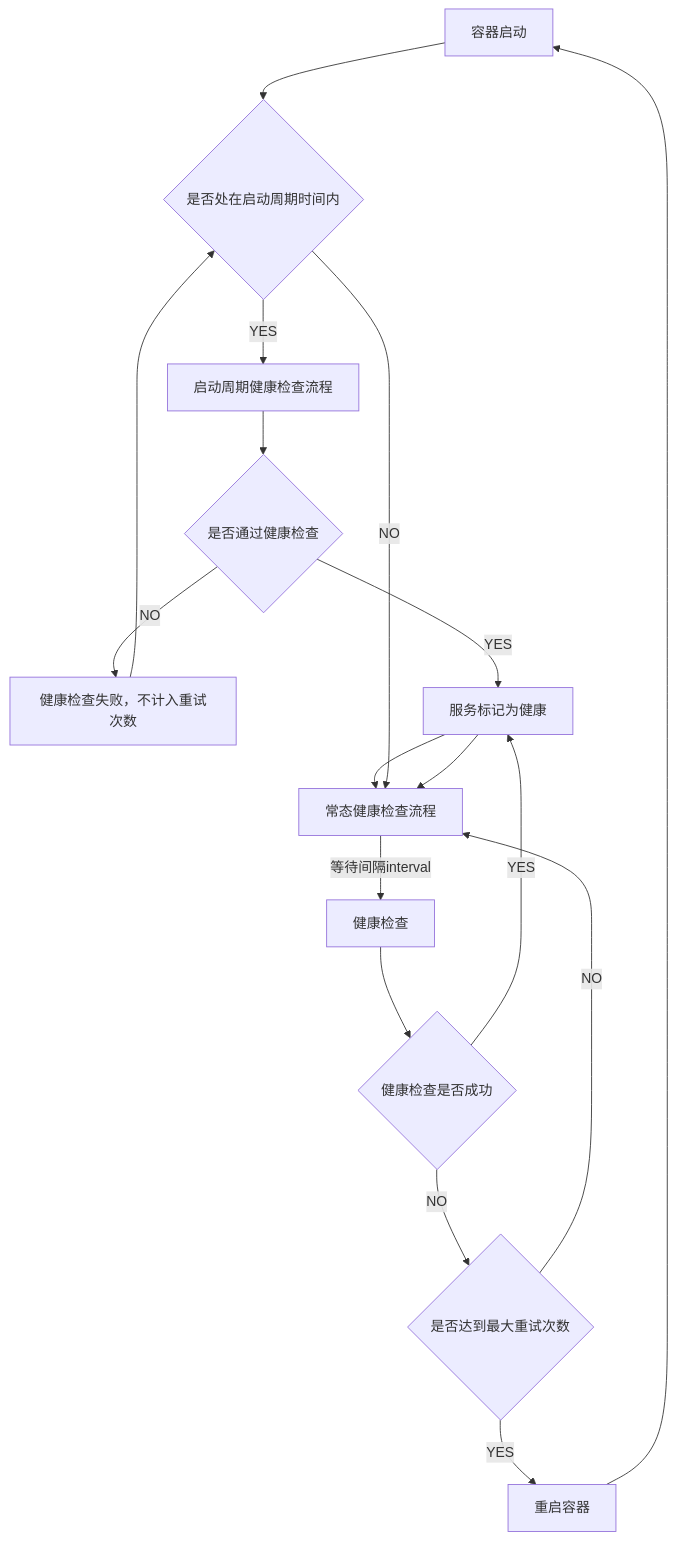
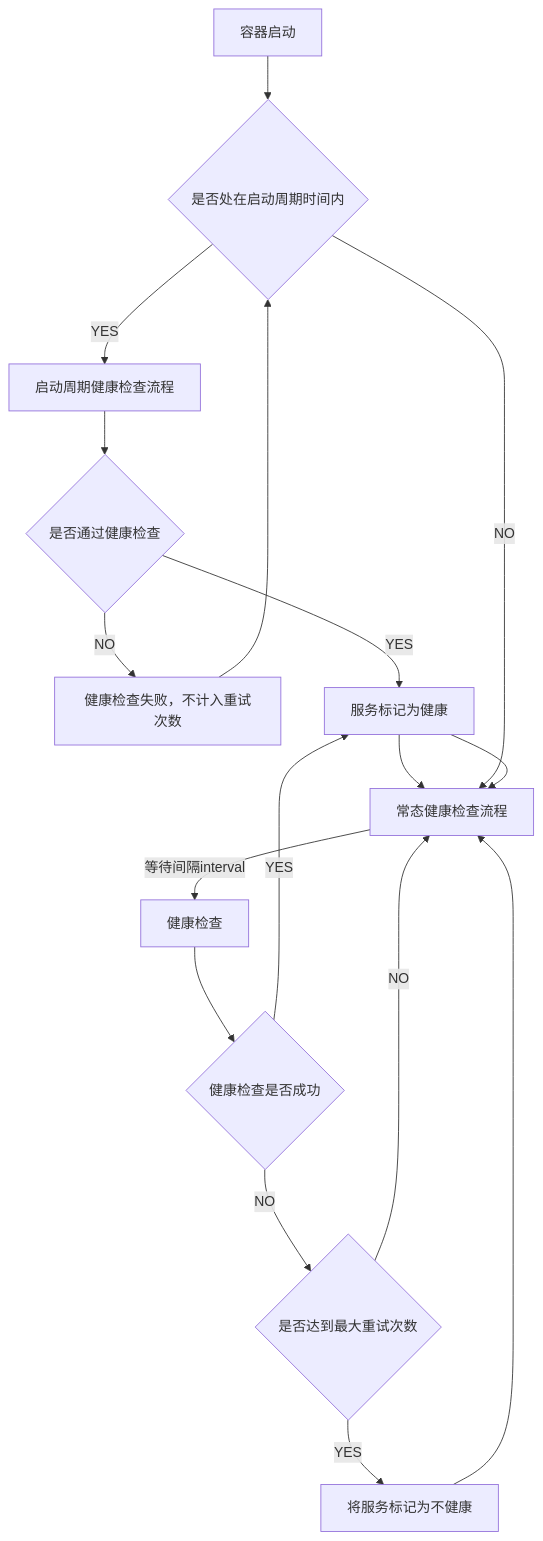
One commit to qsoyq/docs changed the diagram in docs/note/docker/compose.md. Above: the diagram before and after it, drawn with Mermaid.

````diff
--- a/docs/note/docker/compose.md
+++ b/docs/note/docker/compose.md
@@ -13,20 +13,20 @@
 ```mermaid
 flowchart TB
     A[容器启动] --> A1{是否处在启动周期时间内}
     A1 --> |YES| A2[启动周期健康检查流程]
     A2 --> A3{是否通过健康检查}
     A3 --> |NO| A4[健康检查失败，不计入重试次数]
     A4 --> A1
     A7[服务标记为健康]
     A3 --> |YES| A7
     A7 --> A5[常态健康检查流程]
     A1 --> |NO| A5
     A5 --> |等待间隔interval| B[健康检查]
     B --> B1{健康检查是否成功}
     B1 --> |YES| A7
     A7 --> A5
     B1 --> |NO| B2{是否达到最大重试次数}
-    B2 --> |YES| B3[重启容器]
-    B3 --> A
+    B2 --> |YES| B3[将服务标记为不健康]
+    B3 --> A5
     B2 --> |NO| A5
 ```
````
